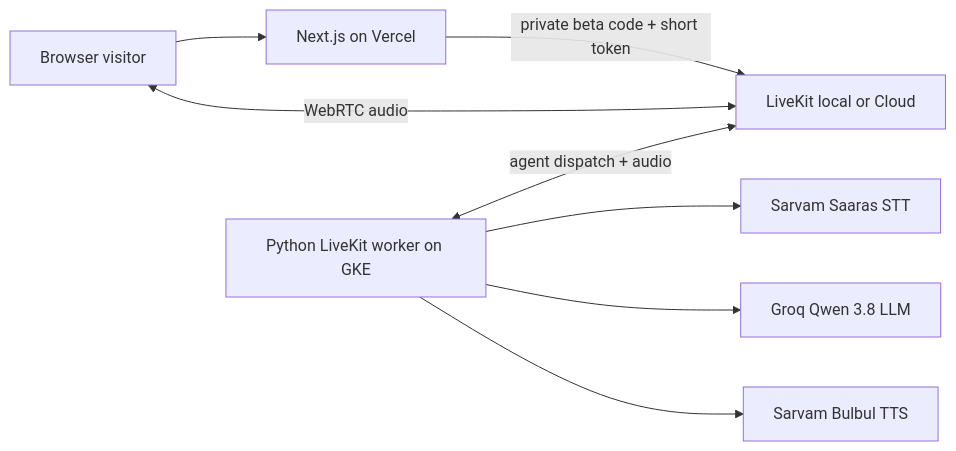
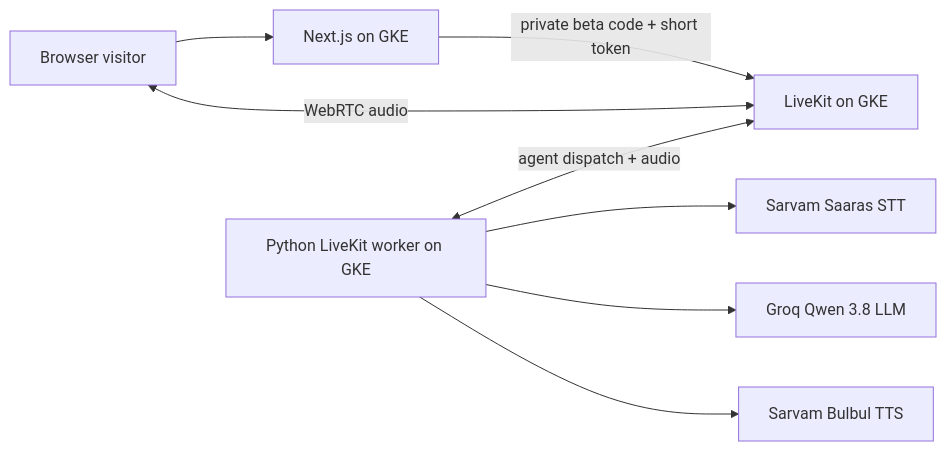
One commit to PJNoob/yojnapath changed the diagram in README.md. Above: the diagram before and after it, drawn with Mermaid. The commit also changed other lines of this file and 21 other files, not shown here.

Commit message:
Deploy web, LiveKit, and voice worker on GKE

````diff
--- a/README.md
+++ b/README.md
@@ -9,10 +9,10 @@
 ```mermaid
 flowchart LR
-    Visitor[Browser visitor] --> Web[Next.js on Vercel]
-    Web -->|private beta code + short token| LiveKit[LiveKit local or Cloud]
+    Visitor[Browser visitor] --> Web[Next.js on GKE]
+    Web -->|private beta code + short token| LiveKit[LiveKit on GKE]
     Visitor <-->|WebRTC audio| LiveKit
     Worker[Python LiveKit worker on GKE] <-->|agent dispatch + audio| LiveKit
     Worker --> STT[Sarvam Saaras STT]
     Worker --> LLM[Groq Qwen 3.8 LLM]
     Worker --> TTS[Sarvam Bulbul TTS]
 ```
````
